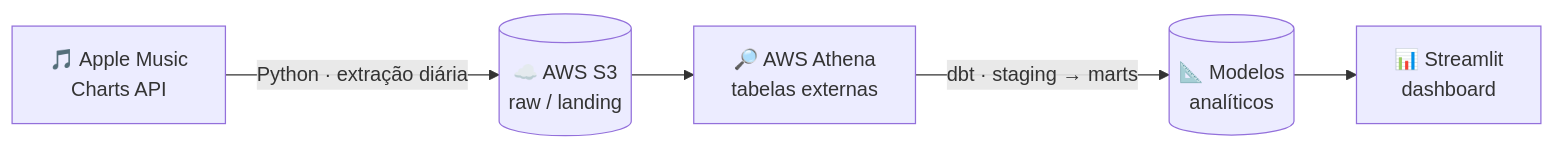
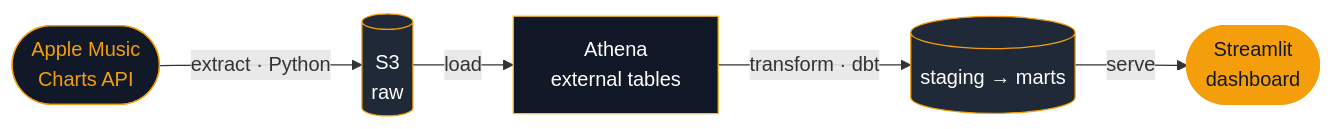
The diagram in README.md (caioleimig/caioleimig), drawn with Mermaid before and after one commit. The commit also changed other lines of this file, not shown here.

````diff
--- a/README.md
+++ b/README.md
@@ -46,7 +60,12 @@
 ```mermaid
 flowchart LR
-    A["🎵 Apple Music<br/>Charts API"] -->|Python · extração diária| B[("☁️ AWS S3<br/>raw / landing")]
-    B --> C["🔎 AWS Athena<br/>tabelas externas"]
-    C -->|dbt · staging → marts| D[("📐 Modelos<br/>analíticos")]
-    D --> E["📊 Streamlit<br/>dashboard"]
+    A(["Apple Music<br/>Charts API"]):::src -->|extract · Python| B[("S3<br/>raw")]:::store
+    B -->|load| C["Athena<br/>external tables"]:::proc
+    C -->|transform · dbt| D[("staging → marts")]:::store
+    D -->|serve| E(["Streamlit<br/>dashboard"]):::out
+
+    classDef src   fill:#111827,stroke:#F59E0B,color:#F59E0B
+    classDef store fill:#1F2937,stroke:#F59E0B,color:#FFFFFF
+    classDef proc  fill:#111827,stroke:#FBBF24,color:#FFFFFF
+    classDef out   fill:#F59E0B,stroke:#F59E0B,color:#111827
 ```
````
